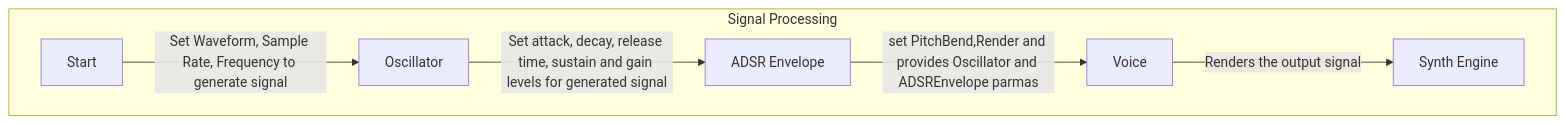
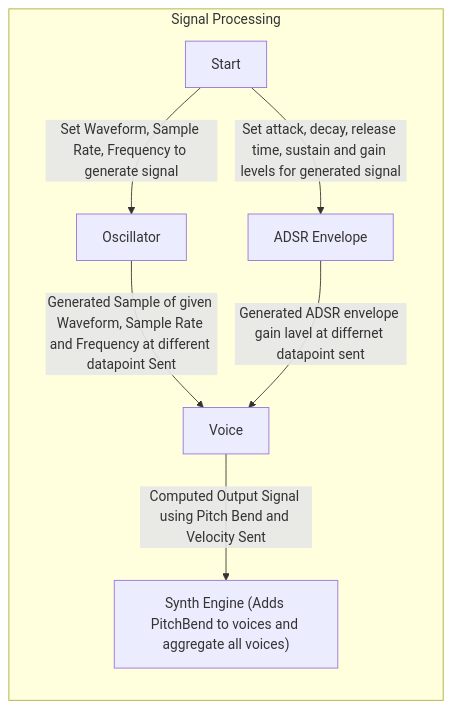
Before and after one commit to Devchaudhari1/ClicheStation: the third of 3 diagrams in Readme.md, drawn with Mermaid. The commit also changed other lines of this file, not shown here.

First line of the commit message:
Updated FlowDiagrams

````diff
--- a/Readme.md
+++ b/Readme.md
@@ -234,11 +378,12 @@
 ```mermaid
-flowchart TB
+
+flowchart LR
 
 subgraph SignalProcessing[Signal Processing]
     Start[Start]-->|Set Waveform, Sample Rate, Frequency to generate signal|Oscillator[Oscillator]
-    Oscillator-->|Set attack, decay, release time, sustain and gain levels for generated signal|ADSREnvelope[ADSR Envelope]
-    ADSREnvelope-->|set PitchBend,Render and provides Oscillator and ADSREnvelope parmas|Voice[Voice]
-    Voice-->|Renders the output signal|SynthEngine[Synth Engine]
+    Start-->|Set attack, decay, release time, sustain and gain levels for generated signal|ADSREnvelope[ADSR Envelope]
+    Oscillator-->|Generated Sample of given Waveform, Sample Rate and Frequency at different datapoint Sent|Voice["Voice"]
+    ADSREnvelope-->|Generated ADSR envelope gain lavel at differnet datapoint sent|Voice
+    Voice-->|Computed Output Signal using Pitch Bend and Velocity Sent|SynthEngine["Synth Engine (Adds PitchBend to voices and aggregate all voices)" ]
 end
-    
 ```
````
